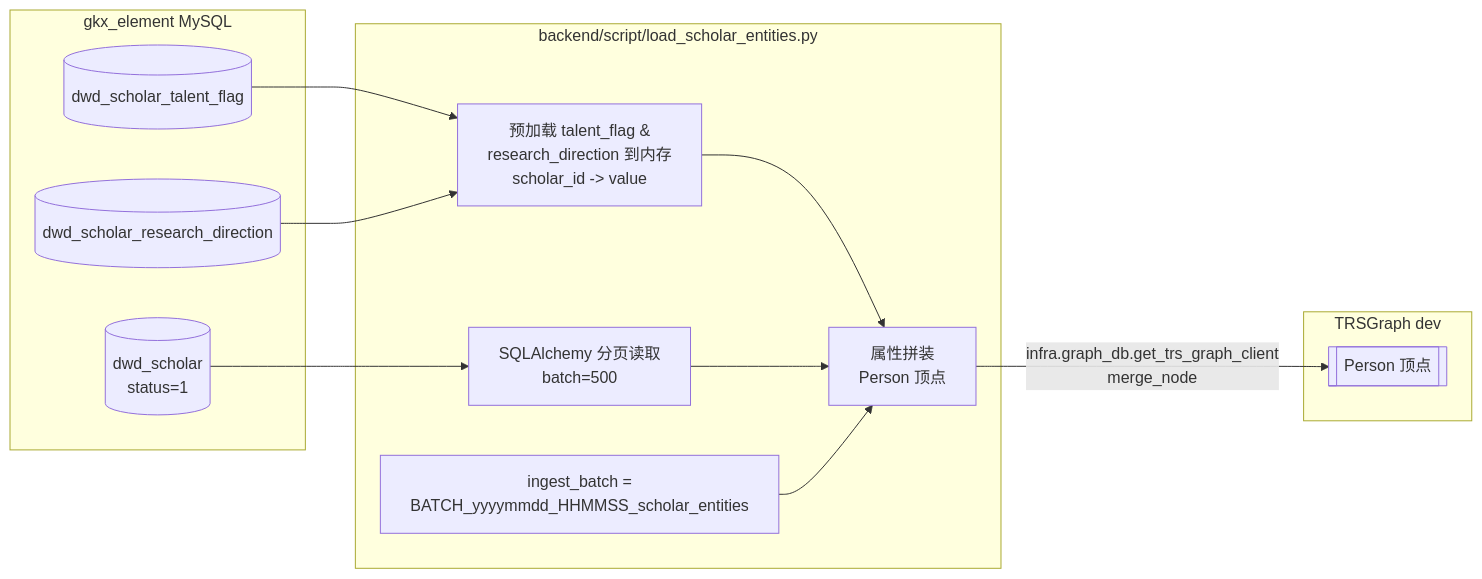
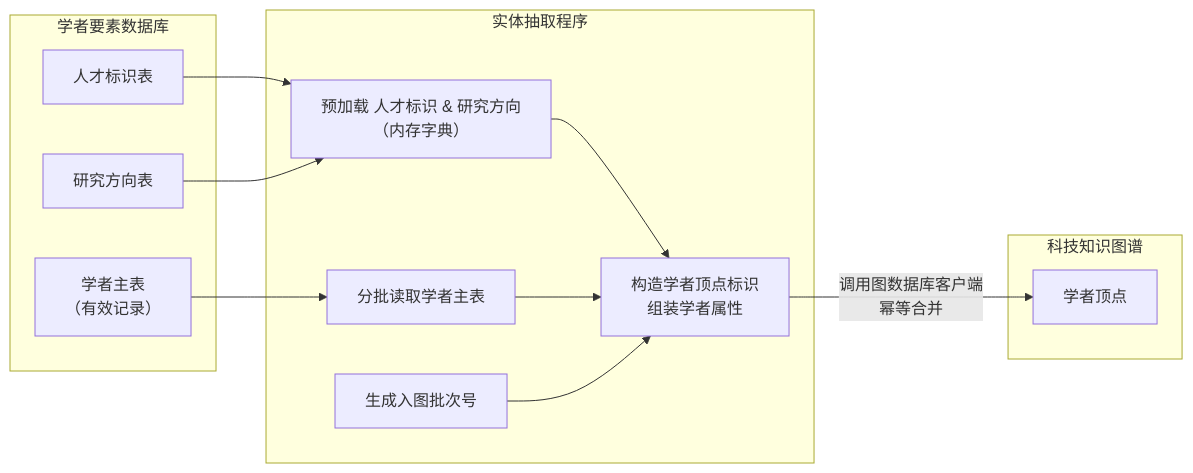
The first of 4 diagrams in backend/docs/scholar_mapping.md (Marisolebxf/tech-kg-api), drawn with Mermaid before and after one commit. The commit also changed other lines of this file and 1 other file, not shown here.

First line of the commit message:
feat(scholar): optional cross-domain AUTHORED_BY fallback

````diff
--- a/backend/docs/scholar_mapping.md
+++ b/backend/docs/scholar_mapping.md
@@ -201,27 +241,27 @@
 ```mermaid
 flowchart LR
-    subgraph MySQL[gkx_element MySQL]
-        S[(dwd_scholar<br/>status=1)]
-        T[(dwd_scholar_talent_flag)]
-        R[(dwd_scholar_research_direction)]
+    subgraph Src[学者要素数据库]
+        S["学者主表<br/>（有效记录）"]
+        T["人才标识表"]
+        R["研究方向表"]
     end
 
-    subgraph ETL[backend/script/load_scholar_entities.py]
-        PRE[预加载 talent_flag &<br/>research_direction 到内存<br/>scholar_id -> value]
-        DAO[SQLAlchemy 分页读取<br/>batch=500]
-        MAP[属性拼装<br/>Person 顶点]
-        BATCH[ingest_batch =<br/>BATCH_yyyymmdd_HHMMSS_scholar_entities]
+    subgraph ETL[实体抽取程序]
+        PRE["预加载 人才标识 & 研究方向<br/>（内存字典）"]
+        DAO["分批读取学者主表"]
+        MAP["构造学者顶点标识<br/>组装学者属性"]
+        BATCH["生成入图批次号"]
     end
 
-    subgraph Graph[TRSGraph dev]
-        P[[Person 顶点]]
+    subgraph Graph[科技知识图谱]
+        P["学者顶点"]
     end
 
     T --> PRE
     R --> PRE
     S --> DAO
     PRE --> MAP
     DAO --> MAP
     BATCH --> MAP
-    MAP -->|infra.graph_db.get_trs_graph_client<br/>merge_node| P
+    MAP -->|"调用图数据库客户端<br/>幂等合并"| P
 ```
````
